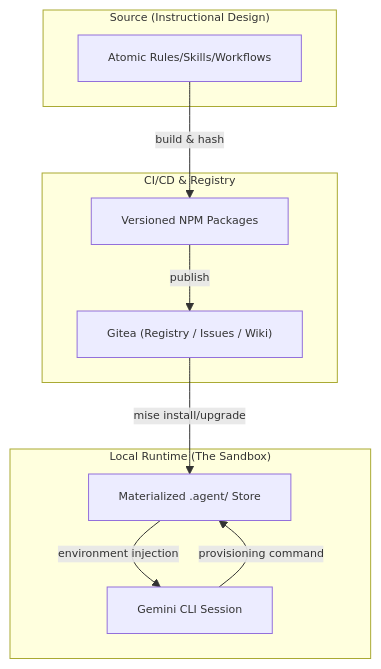
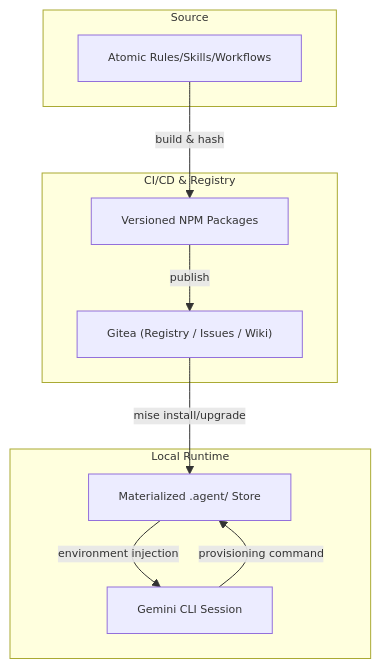
One commit to gnomatix/gnomatix-npm-packages changed the diagram in README.md. Above: the diagram before and after it, drawn with Mermaid. The commit also changed other lines of this file and 12 other files, not shown here.

````diff
--- a/README.md
+++ b/README.md
@@ -67,18 +57,18 @@
 ```mermaid
 %%{init: {'themeVariables': { 'fontSize': '11px', 'subgraphFontSize': '12px'}}}%%
 graph TD
-    subgraph Source["Source (Instructional Design)"]
+    subgraph Source["Source"]
         A["Atomic Rules/Skills/Workflows"]
     end
 
     subgraph CI_CD["CI/CD & Registry"]
         A -->|build & hash| B["Versioned NPM Packages"]
         B -->|publish| C["Gitea (Registry / Issues / Wiki)"]
     end
 
-    subgraph Runtime["Local Runtime (The Sandbox)"]
+    subgraph Runtime["Local Runtime"]
         C -->|mise install/upgrade| D["Materialized .agent/ Store"]
         D -->|environment injection| E["Gemini CLI Session"]
         E -->|provisioning command| D
     end
 ```
````
